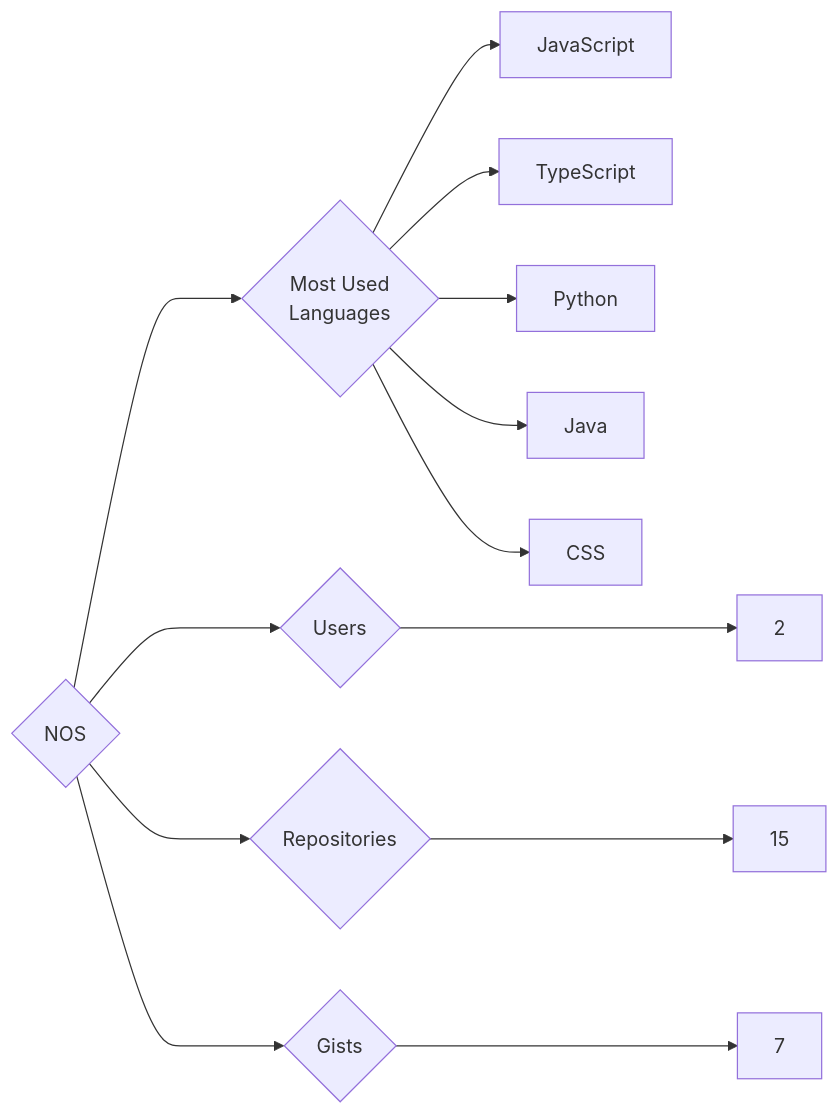
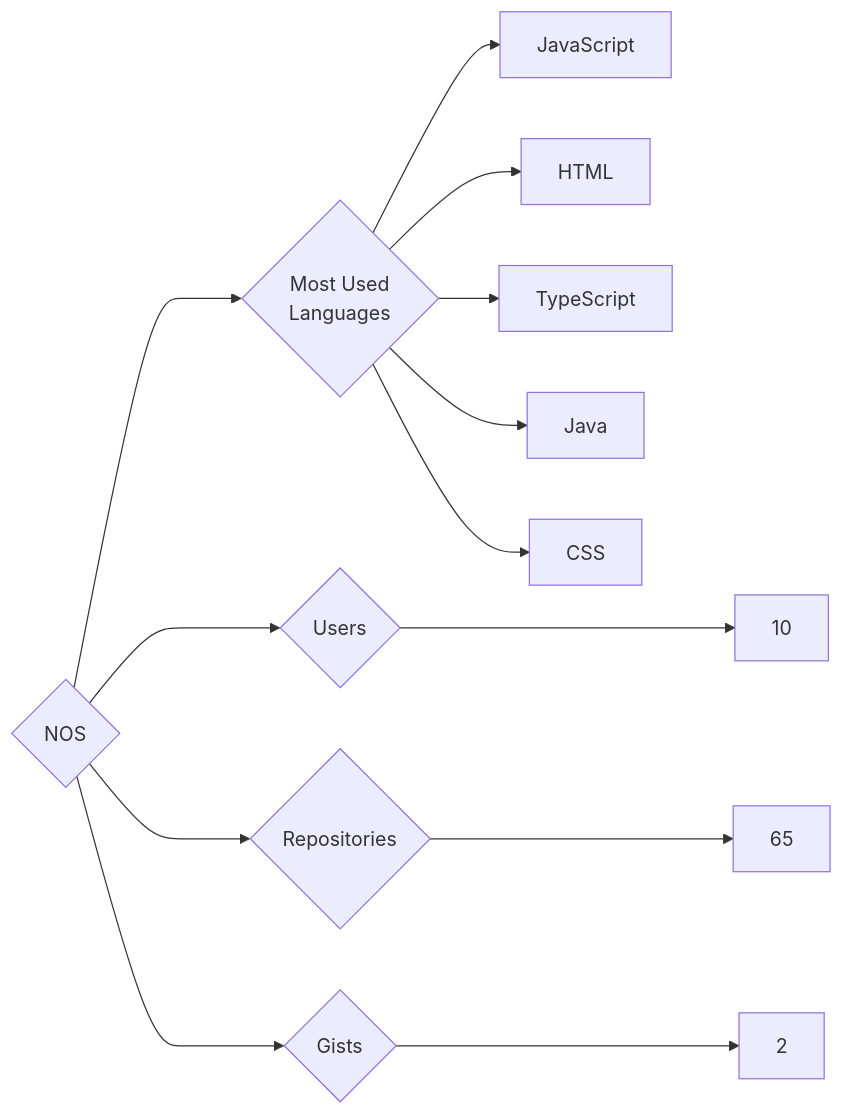
One commit to trickest/insiders changed the diagram in targets/NOS/README.md. Above: the diagram before and after it, drawn with Mermaid. The commit also changed 912 other files, not shown here.

````diff
--- a/targets/NOS/README.md
+++ b/targets/NOS/README.md
@@ -3,13 +3,13 @@
 ```mermaid
 graph LR
 COMPANY_NAME{NOS}
-COMPANY_NAME ---> U{Users} ---> UN[2]
-COMPANY_NAME ---> R{Repositories} ---> RN[15]
-COMPANY_NAME ---> G{Gists} ---> GN[7]
+COMPANY_NAME ---> U{Users} ---> UN[10]
+COMPANY_NAME ---> R{Repositories} ---> RN[65]
+COMPANY_NAME ---> G{Gists} ---> GN[2]
 COMPANY_NAME ---> ML{Most Used<br>Languages}
 ML --> JavaScript[JavaScript]
+ML --> HTML[HTML]
 ML --> TypeScript[TypeScript]
-ML --> Python[Python]
 ML --> Java[Java]
 ML --> CSS[CSS]
 ```
````
